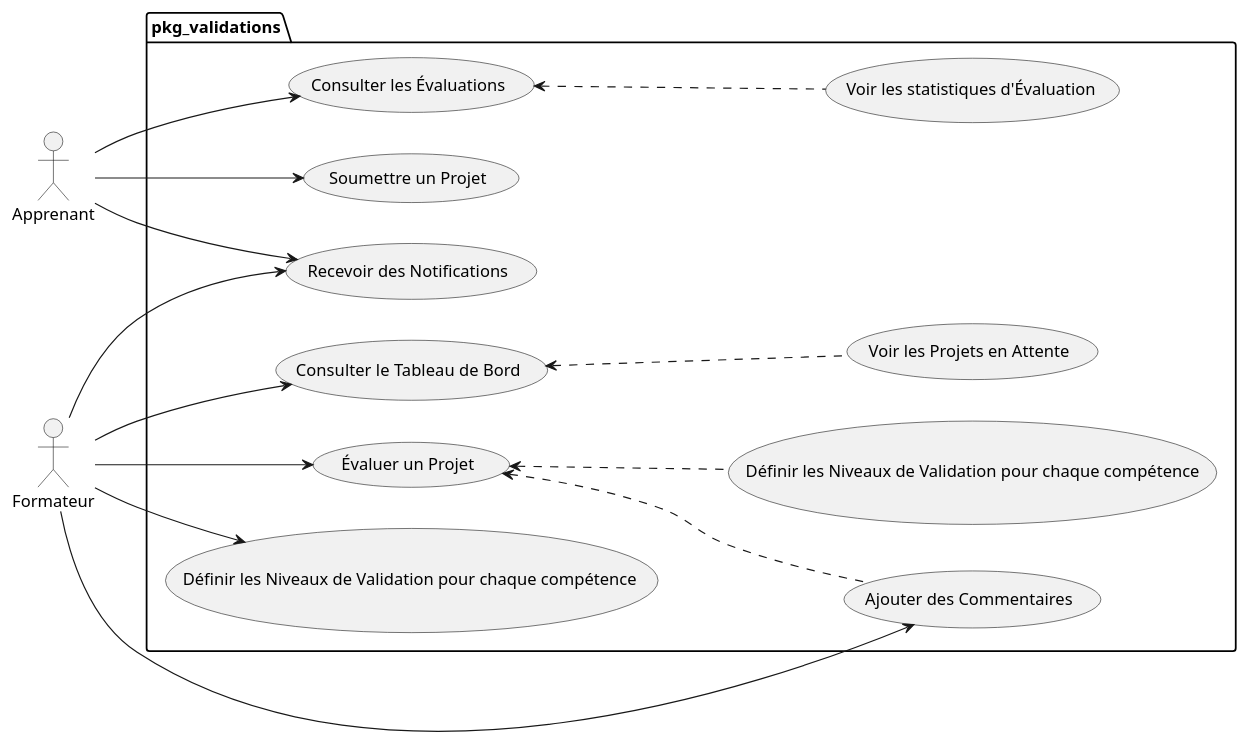
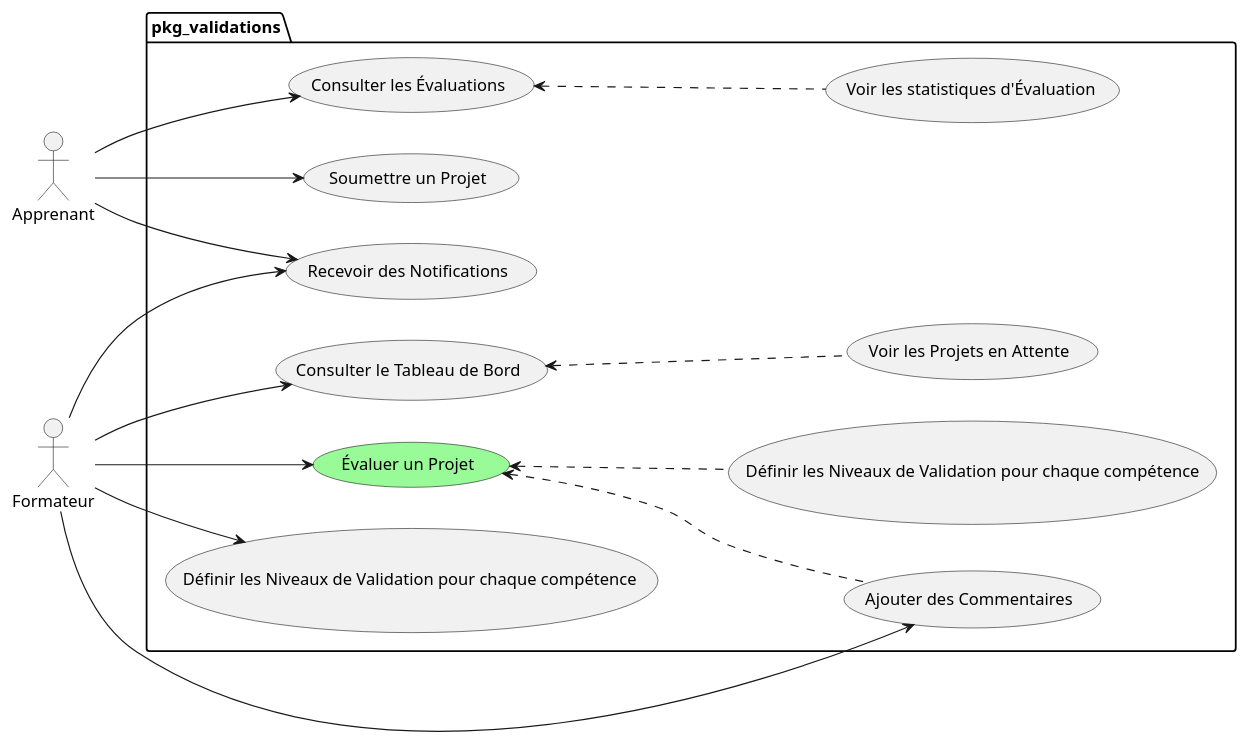
The diagram in modélisation/pkg_validations/uses_cases_pkg_validations.puml (solicoders/soli-lms), drawn with PlantUML before and after one commit.

```diff
--- a/modélisation/pkg_validations/uses_cases_pkg_validations.puml
+++ b/modélisation/pkg_validations/uses_cases_pkg_validations.puml
@@ -1,26 +1,28 @@
 @startuml uses_cases_pkg_validations
 
 left to right direction
 actor Formateur
 actor Apprenant
 
 package pkg_validations {
 
-  Formateur --> (Évaluer un Projet)
+  (Évaluer un Projet)  #palegreen
+  
+  Formateur --> (Évaluer un Projet) 
   Formateur --> (Ajouter des Commentaires)
   Formateur --> (Définir les Niveaux de Validation pour chaque compétence )
   Formateur --> (Consulter le Tableau de Bord)
   Formateur --> (Recevoir des Notifications)
 
   Apprenant --> (Soumettre un Projet)
   Apprenant --> (Consulter les Évaluations)
   Apprenant --> (Recevoir des Notifications)
 
   (Évaluer un Projet) <.. (Définir les Niveaux de Validation pour chaque compétence)
   (Évaluer un Projet) <.. (Ajouter des Commentaires)
   (Consulter les Évaluations) <.. (Voir les statistiques d'Évaluation)
   (Consulter le Tableau de Bord) <.. (Voir les Projets en Attente)
 
 }  
 
 @enduml
```
